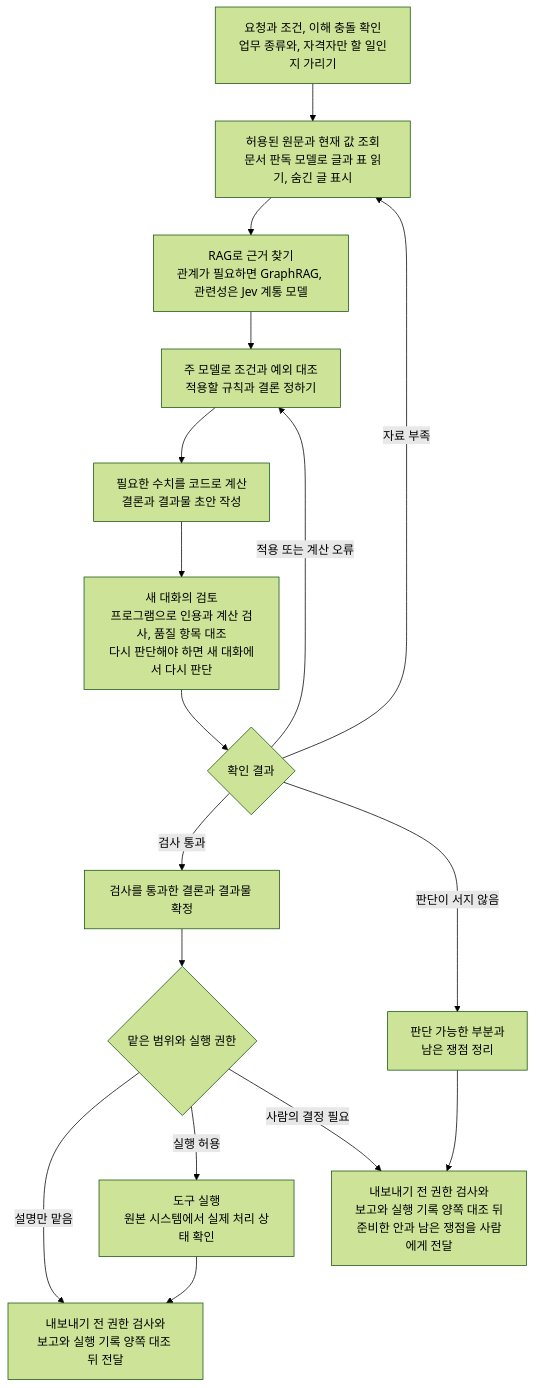
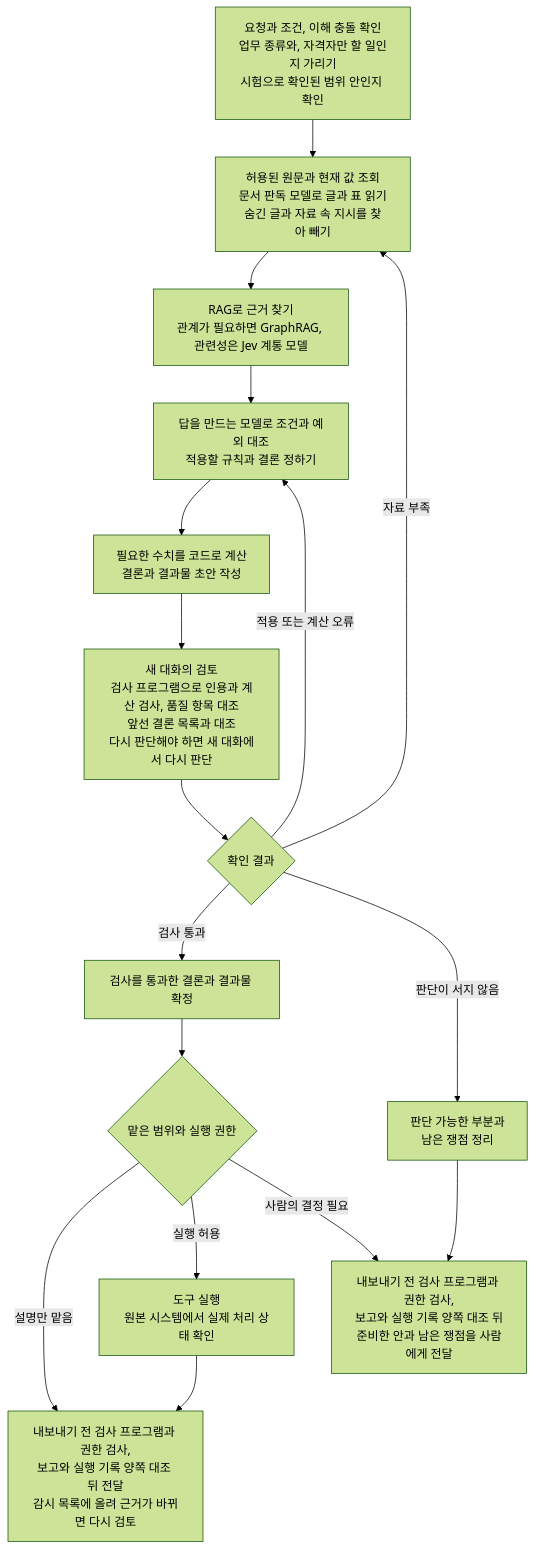
Before and after one commit to harisbaguette/expert: the diagram in 전문 판단의 신뢰성.md, drawn with Mermaid (forest theme). The commit also changed other lines of this file, not shown here.

Commit message:
전문 판단의 신뢰성 — 해결책 표 전수 검수 반영: 같은 대상 판정, 묻지 않는 경우, 숨긴 지시 예외 같은 조건 왜곡을 바로잡고, 다른 해결책이 맡을 일을 옮기고, 빠진 조건과 앞 문장 없이 안 읽히는 줄을 고침. 사용 구조도 표와 맞춤

````diff
--- a/전문 판단의 신뢰성.md
+++ b/전문 판단의 신뢰성.md
@@ -266,19 +266,19 @@
 ```mermaid
 flowchart TB
-    A[요청과 조건, 이해 충돌 확인<br/>업무 종류와, 자격자만 할 일인지 가리기] --> B[허용된 원문과 현재 값 조회<br/>문서 판독 모델로 글과 표 읽기, 숨긴 글 표시]
+    A[요청과 조건, 이해 충돌 확인<br/>업무 종류와, 자격자만 할 일인지 가리기<br/>시험으로 확인된 범위 안인지 확인] --> B[허용된 원문과 현재 값 조회<br/>문서 판독 모델로 글과 표 읽기<br/>숨긴 글과 자료 속 지시를 찾아 빼기]
     B --> C[RAG로 근거 찾기<br/>관계가 필요하면 GraphRAG, 관련성은 Jev 계통 모델]
-    C --> D[주 모델로 조건과 예외 대조<br/>적용할 규칙과 결론 정하기]
+    C --> D[답을 만드는 모델로 조건과 예외 대조<br/>적용할 규칙과 결론 정하기]
     D --> E[필요한 수치를 코드로 계산<br/>결론과 결과물 초안 작성]
-    E --> F[새 대화의 검토<br/>프로그램으로 인용과 계산 검사, 품질 항목 대조<br/>다시 판단해야 하면 새 대화에서 다시 판단]
+    E --> F[새 대화의 검토<br/>검사 프로그램으로 인용과 계산 검사, 품질 항목 대조<br/>앞선 결론 목록과 대조<br/>다시 판단해야 하면 새 대화에서 다시 판단]
     F --> G{확인 결과}
     G -->|자료 부족| B
     G -->|적용 또는 계산 오류| D
     G -->|검사 통과| H[검사를 통과한 결론과 결과물 확정]
     G -->|판단이 서지 않음| I[판단 가능한 부분과<br/>남은 쟁점 정리]
     H --> J{맡은 범위와 실행 권한}
-    J -->|설명만 맡음| L[내보내기 전 권한 검사와<br/>보고와 실행 기록 양쪽 대조 뒤 전달]
+    J -->|설명만 맡음| L[내보내기 전 검사 프로그램과 권한 검사,<br/>보고와 실행 기록 양쪽 대조 뒤 전달<br/>감시 목록에 올려 근거가 바뀌면 다시 검토]
     J -->|실행 허용| K[도구 실행<br/>원본 시스템에서 실제 처리 상태 확인]
-    J -->|사람의 결정 필요| M[내보내기 전 권한 검사와<br/>보고와 실행 기록 양쪽 대조 뒤<br/>준비한 안과 남은 쟁점을 사람에게 전달]
+    J -->|사람의 결정 필요| M[내보내기 전 검사 프로그램과 권한 검사,<br/>보고와 실행 기록 양쪽 대조 뒤<br/>준비한 안과 남은 쟁점을 사람에게 전달]
     K --> L
     I --> M
 ```
````
